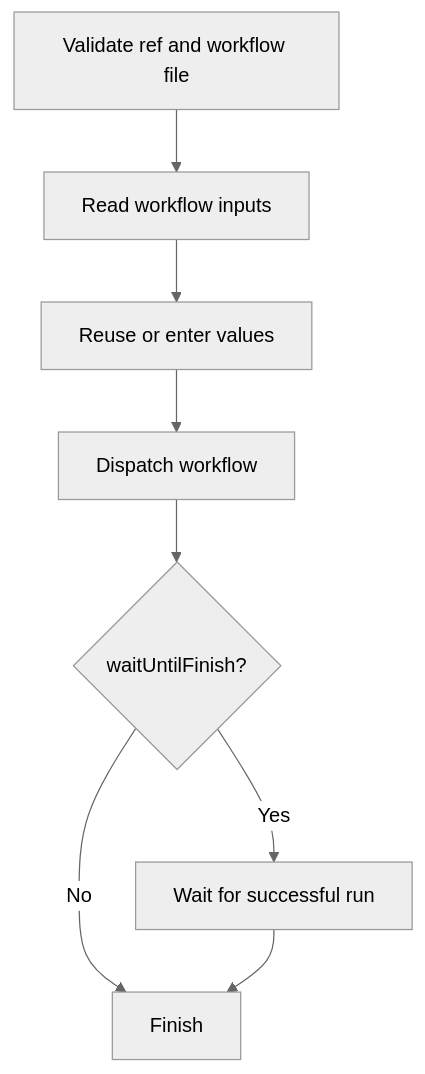
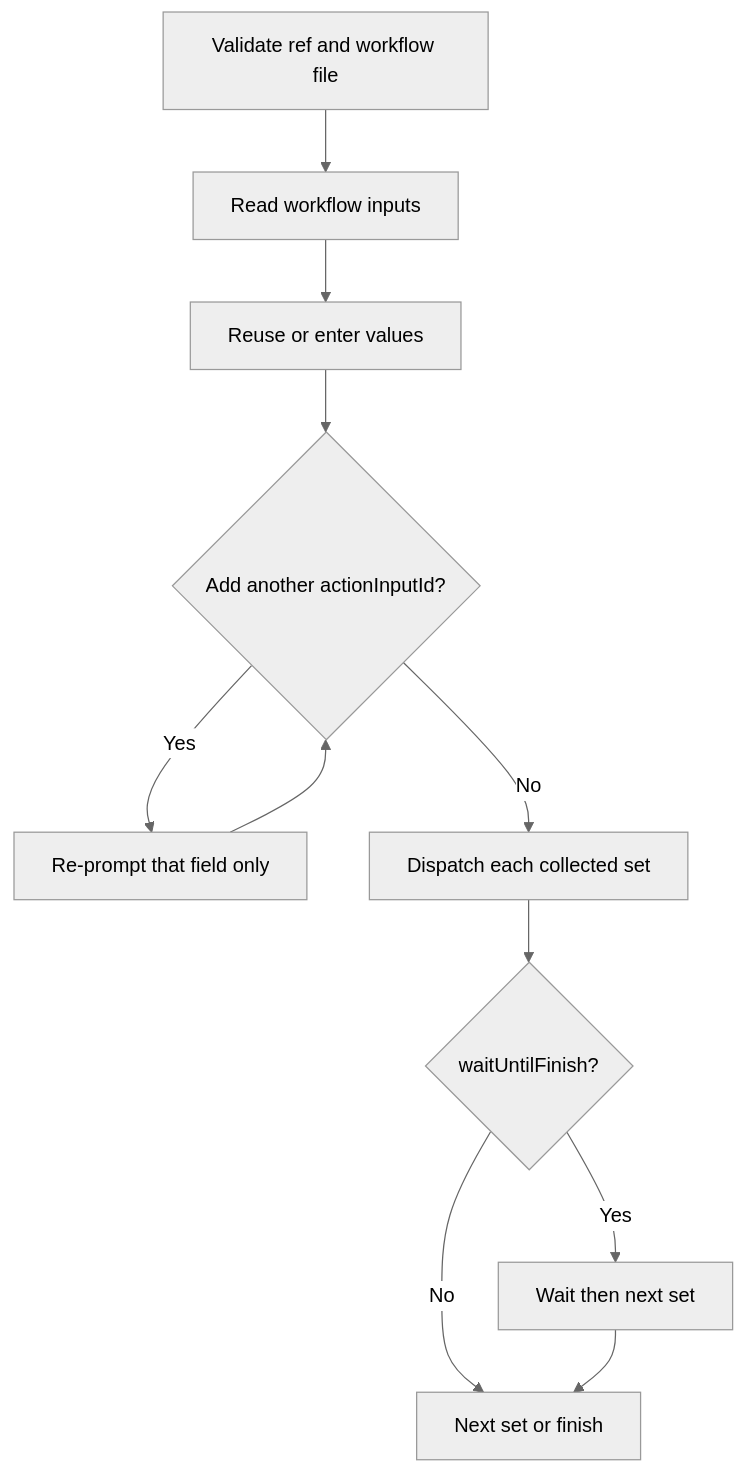
The fourth of 5 diagrams in README.md (md-redwan-hossain/auto-gitflow), drawn with Mermaid (neutral theme) before and after one commit. The commit also changed other lines of this file and 10 other files, not shown here.

````diff
--- a/README.md
+++ b/README.md
@@ -291,10 +287,13 @@
 ```mermaid
 flowchart TD
     A[Validate ref and workflow file] --> B[Read workflow inputs]
     B --> C[Reuse or enter values]
-    C --> D[Dispatch workflow]
-    D --> E{waitUntilFinish?}
-    E -->|Yes| F[Wait for successful run]
-    E -->|No| G[Finish]
-    F --> G
+    C --> D{Add another actionInputId?}
+    D -->|Yes| E[Re-prompt that field only]
+    E --> D
+    D -->|No| F[Dispatch each collected set]
+    F --> G{waitUntilFinish?}
+    G -->|Yes| H[Wait then next set]
+    G -->|No| I[Next set or finish]
+    H --> I
 ```
````
